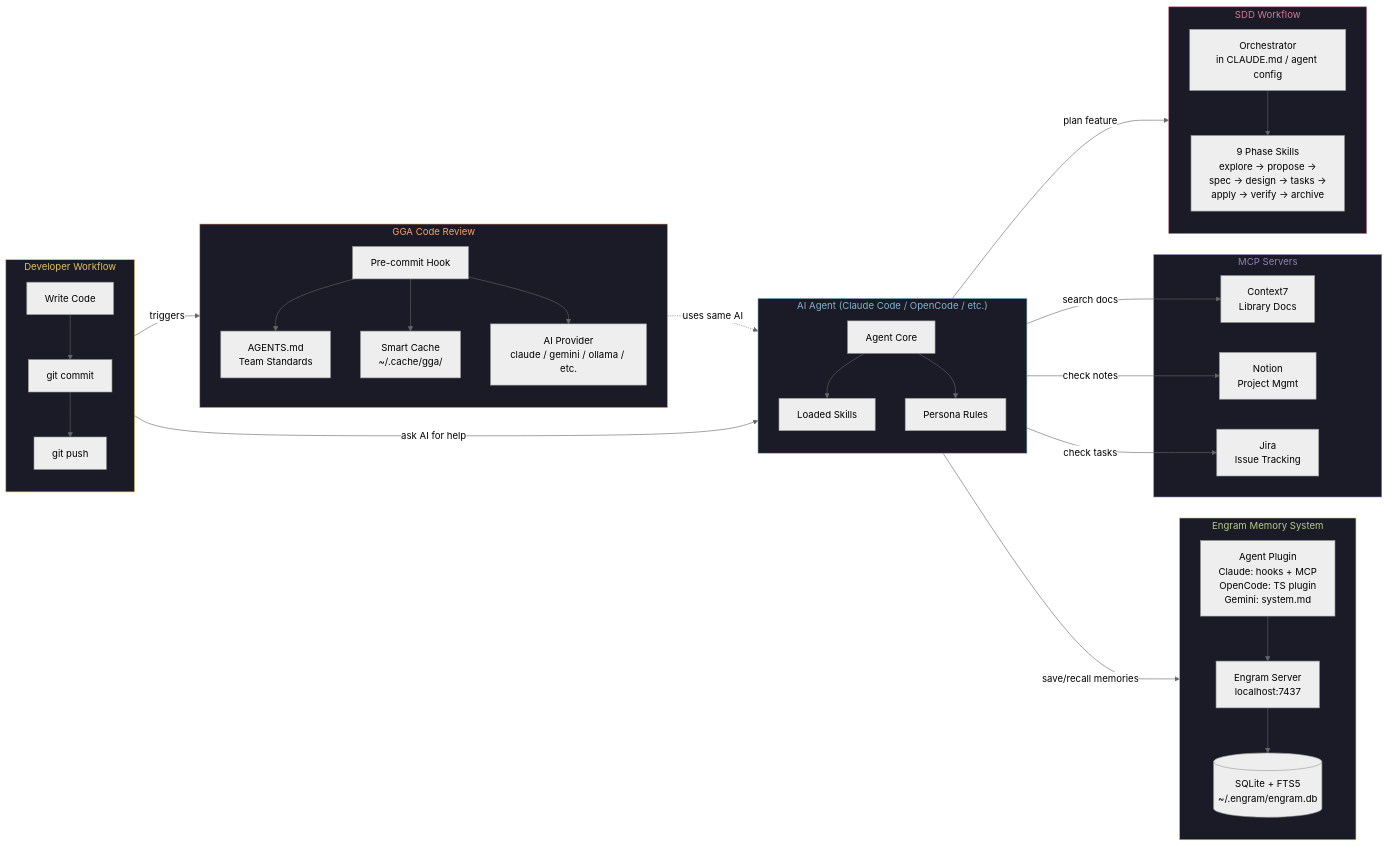
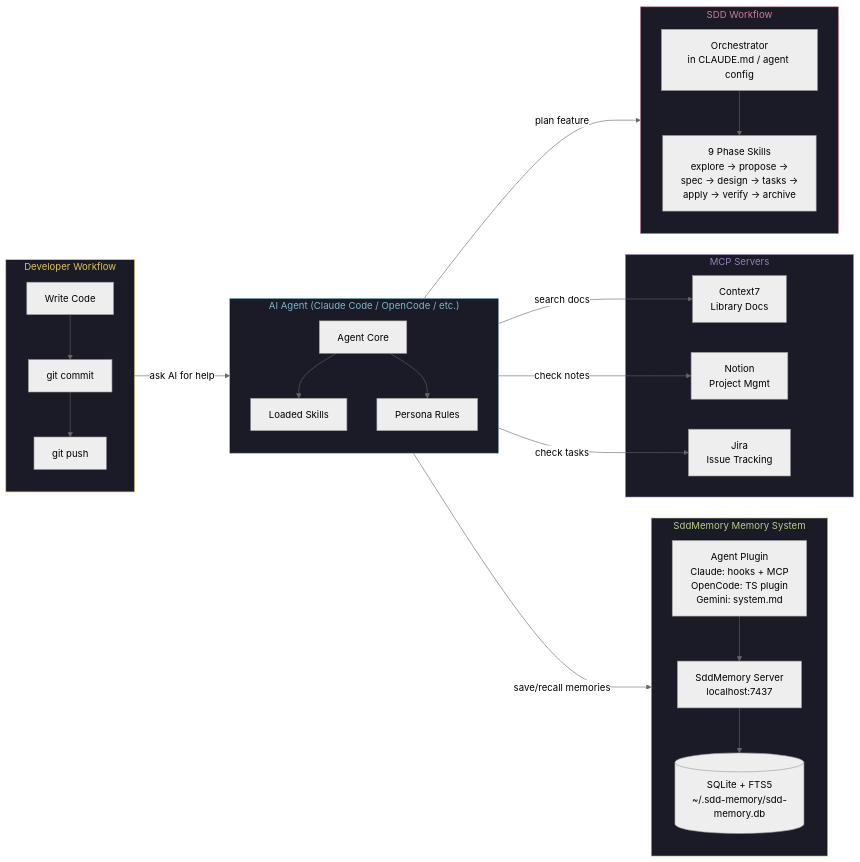
The second of 7 diagrams in PRD.md (KevG1t/SpecAI), drawn with Mermaid (neutral theme) before and after one commit. The commit also changed other lines of this file and 475 other files, not shown here.

````diff
--- a/PRD.md
+++ b/PRD.md
@@ -659,66 +615,52 @@
 ```mermaid
 graph LR
     subgraph DEV_WORKFLOW["Developer Workflow"]
         direction TB
         CODE[Write Code] --> COMMIT[git commit]
         COMMIT --> PUSH[git push]
     end
 
     subgraph AGENT_LAYER["AI Agent (Claude Code / OpenCode / etc.)"]
         direction TB
         AGENT_CORE[Agent Core]
         AGENT_SKILLS[Loaded Skills]
         AGENT_PERSONA[Persona Rules]
         AGENT_CORE --> AGENT_SKILLS
         AGENT_CORE --> AGENT_PERSONA
     end
 
-    subgraph MEMORY_LAYER["Engram Memory System"]
+    subgraph MEMORY_LAYER["SddMemory Memory System"]
         direction TB
         MEM_PLUGIN[Agent Plugin<br/>Claude: hooks + MCP<br/>OpenCode: TS plugin<br/>Gemini: system.md]
-        MEM_SERVER[Engram Server<br/>localhost:7437]
-        MEM_DB[(SQLite + FTS5<br/>~/.engram/engram.db)]
+        MEM_SERVER[SddMemory Server<br/>localhost:7437]
+        MEM_DB[(SQLite + FTS5<br/>~/.sdd-memory/sdd-memory.db)]
         MEM_PLUGIN --> MEM_SERVER
         MEM_SERVER --> MEM_DB
     end
 
     subgraph MCP_LAYER["MCP Servers"]
         C7[Context7<br/>Library Docs]
         NOTION[Notion<br/>Project Mgmt]
         JIRA[Jira<br/>Issue Tracking]
     end
 
     subgraph SDD_LAYER["SDD Workflow"]
         direction TB
         SDD_ORCH[Orchestrator<br/>in CLAUDE.md / agent config]
         SDD_SKILLS_2[9 Phase Skills<br/>explore → propose →<br/>spec → design → tasks →<br/>apply → verify → archive]
         SDD_ORCH --> SDD_SKILLS_2
     end
 
-    subgraph GGA_LAYER["GGA Code Review"]
-        direction TB
-        GGA_HOOK[Pre-commit Hook]
-        GGA_RULES[AGENTS.md<br/>Team Standards]
-        GGA_CACHE[Smart Cache<br/>~/.cache/gga/]
-        GGA_PROVIDER[AI Provider<br/>claude / gemini / ollama / etc.]
-        GGA_HOOK --> GGA_RULES
-        GGA_HOOK --> GGA_CACHE
-        GGA_HOOK --> GGA_PROVIDER
-    end
-
     CODE -->|"ask AI for help"| AGENT_CORE
     AGENT_CORE -->|"search docs"| C7
     AGENT_CORE -->|"check tasks"| JIRA
     AGENT_CORE -->|"check notes"| NOTION
     AGENT_CORE -->|"save/recall memories"| MEM_PLUGIN
     AGENT_CORE -->|"plan feature"| SDD_ORCH
-    COMMIT -->|"triggers"| GGA_HOOK
-    GGA_PROVIDER -.->|"uses same AI"| AGENT_CORE
 
     style DEV_WORKFLOW fill:#1a1b26,stroke:#E0C15A,color:#E0C15A
     style AGENT_LAYER fill:#1a1b26,stroke:#7FB4CA,color:#7FB4CA
     style MEMORY_LAYER fill:#1a1b26,stroke:#B7CC85,color:#B7CC85
     style MCP_LAYER fill:#1a1b26,stroke:#957FB8,color:#957FB8
     style SDD_LAYER fill:#1a1b26,stroke:#CB7C94,color:#CB7C94
-    style GGA_LAYER fill:#1a1b26,stroke:#FF9E64,color:#FF9E64
 ```
````
